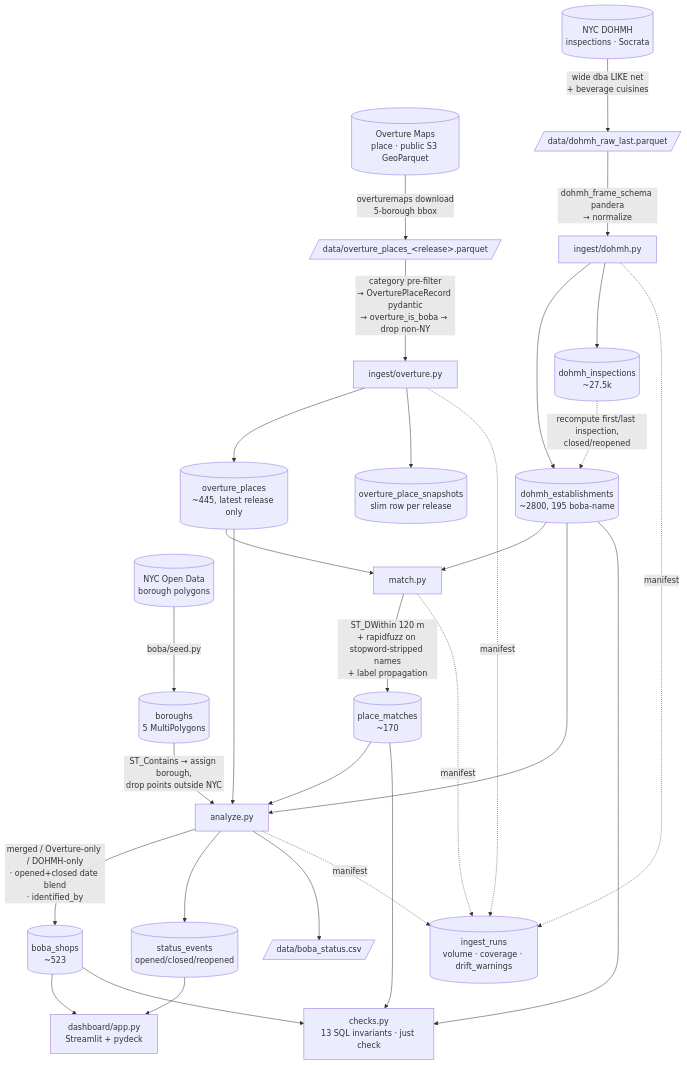
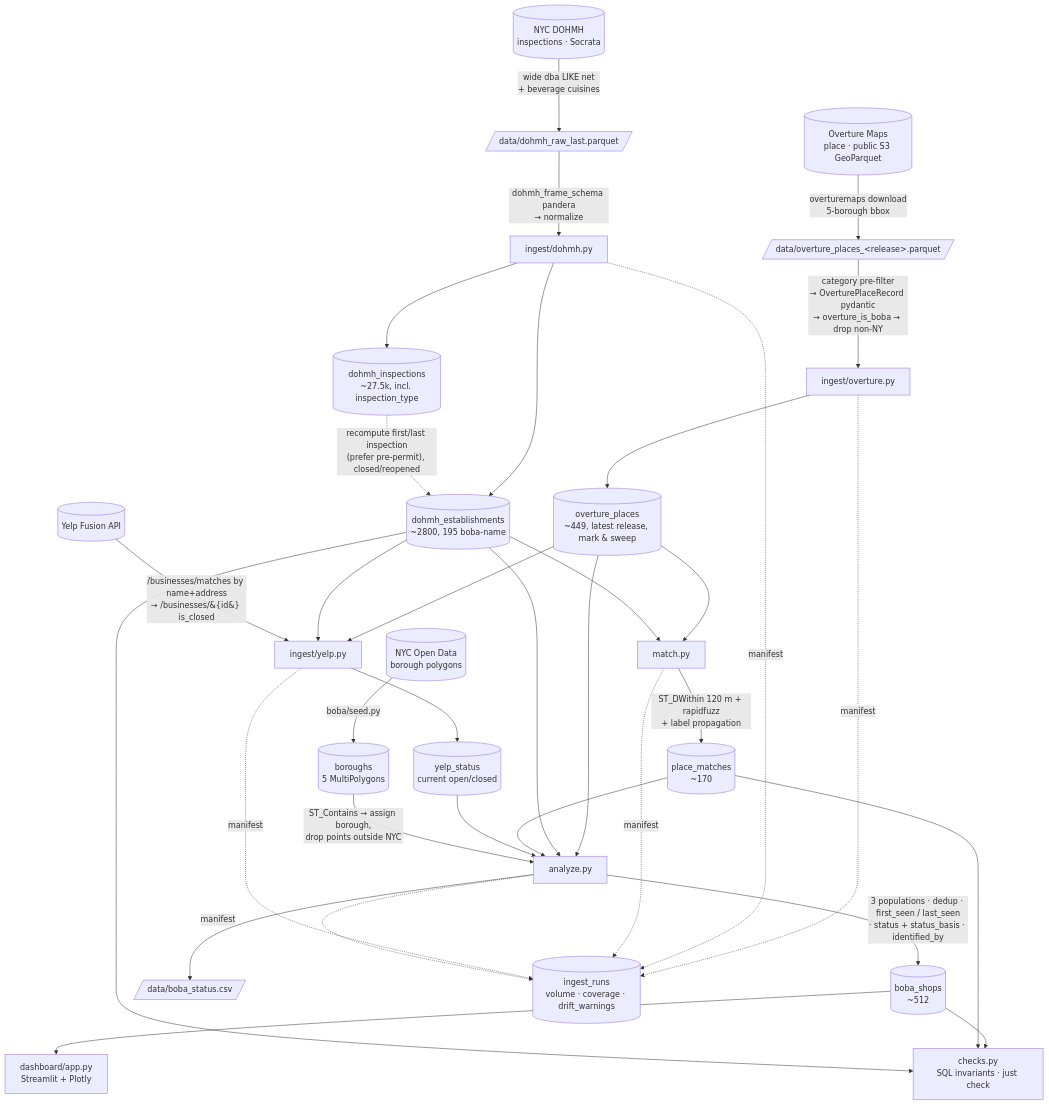
One commit to curryman888x/boba_joints changed the diagram in docs/pipeline.md. Above: the diagram before and after it, drawn with Mermaid. The commit also changed other lines of this file and 9 other files, not shown here.

First line of the commit message:
docs: first_seen framing, three sources, drop stale notebooks

````diff
--- a/docs/pipeline.md
+++ b/docs/pipeline.md
@@ -6,44 +5,49 @@
 ```mermaid
 flowchart TD
     OV[(Overture Maps<br/>place · public S3 GeoParquet)]
     DH[(NYC DOHMH<br/>inspections · Socrata)]
     NB[(NYC Open Data<br/>borough polygons)]
+    YP[(Yelp Fusion API)]
 
     NB -->|boba/seed.py| BORO[(boroughs<br/>5 MultiPolygons)]
 
     OV -->|overturemaps download<br/>5-borough bbox| OVDL[/data/overture_places_&lt;release&gt;.parquet/]
     DH -->|wide dba LIKE net<br/>+ beverage cuisines| DHDL[/data/dohmh_raw_last.parquet/]
 
     OVDL -->|category pre-filter<br/>→ OverturePlaceRecord pydantic<br/>→ overture_is_boba → drop non-NY| OVI[ingest/overture.py]
     DHDL -->|dohmh_frame_schema pandera<br/>→ normalize| DHI[ingest/dohmh.py]
 
-    OVI --> OP[(overture_places<br/>~445, latest release only)]
-    OVI --> OPS[(overture_place_snapshots<br/>slim row per release)]
+    OVI --> OP[(overture_places<br/>~449, latest release, mark & sweep)]
     DHI --> DE[(dohmh_establishments<br/>~2800, 195 boba-name)]
-    DHI --> DI[(dohmh_inspections<br/>~27.5k)]
-    DI -. recompute first/last inspection,<br/>closed/reopened .-> DE
+    DHI --> DI[(dohmh_inspections<br/>~27.5k, incl. inspection_type)]
+    DI -. recompute first/last inspection<br/>(prefer pre-permit), closed/reopened .-> DE
 
     OP --> M[match.py]
     DE --> M
-    M -->|ST_DWithin 120 m<br/>+ rapidfuzz on stopword-stripped names<br/>+ label propagation| PM[(place_matches<br/>~170)]
+    M -->|ST_DWithin 120 m + rapidfuzz<br/>+ label propagation| PM[(place_matches<br/>~170)]
+
+    OP --> Y[ingest/yelp.py]
+    DE --> Y
+    YP -->|/businesses/matches by name+address<br/>→ /businesses/&#123;id&#125; is_closed| Y
+    Y --> YS[(yelp_status<br/>current open/closed)]
 
     OP --> A[analyze.py]
     DE --> A
     PM --> A
+    YS --> A
     BORO -->|ST_Contains → assign borough,<br/>drop points outside NYC| A
-    A -->|merged / Overture-only / DOHMH-only<br/>· opened+closed date blend<br/>· identified_by| BS[(boba_shops<br/>~523)]
-    A --> SE[(status_events<br/>opened/closed/reopened)]
+    A -->|3 populations · dedup · first_seen / last_seen<br/>· status + status_basis · identified_by| BS[(boba_shops<br/>~512)]
     A --> CSV[/data/boba_status.csv/]
 
-    BS --> DASH[dashboard/app.py<br/>Streamlit + pydeck]
-    SE --> DASH
+    BS --> DASH[dashboard/app.py<br/>Streamlit + Plotly]
 
     OVI -. manifest .-> IR[(ingest_runs<br/>volume · coverage · drift_warnings)]
     DHI -. manifest .-> IR
     M -. manifest .-> IR
+    Y -. manifest .-> IR
     A -. manifest .-> IR
 
-    BS --> CHK[checks.py<br/>13 SQL invariants · just check]
+    BS --> CHK[checks.py<br/>SQL invariants · just check]
     PM --> CHK
     DE --> CHK
 ```
````
